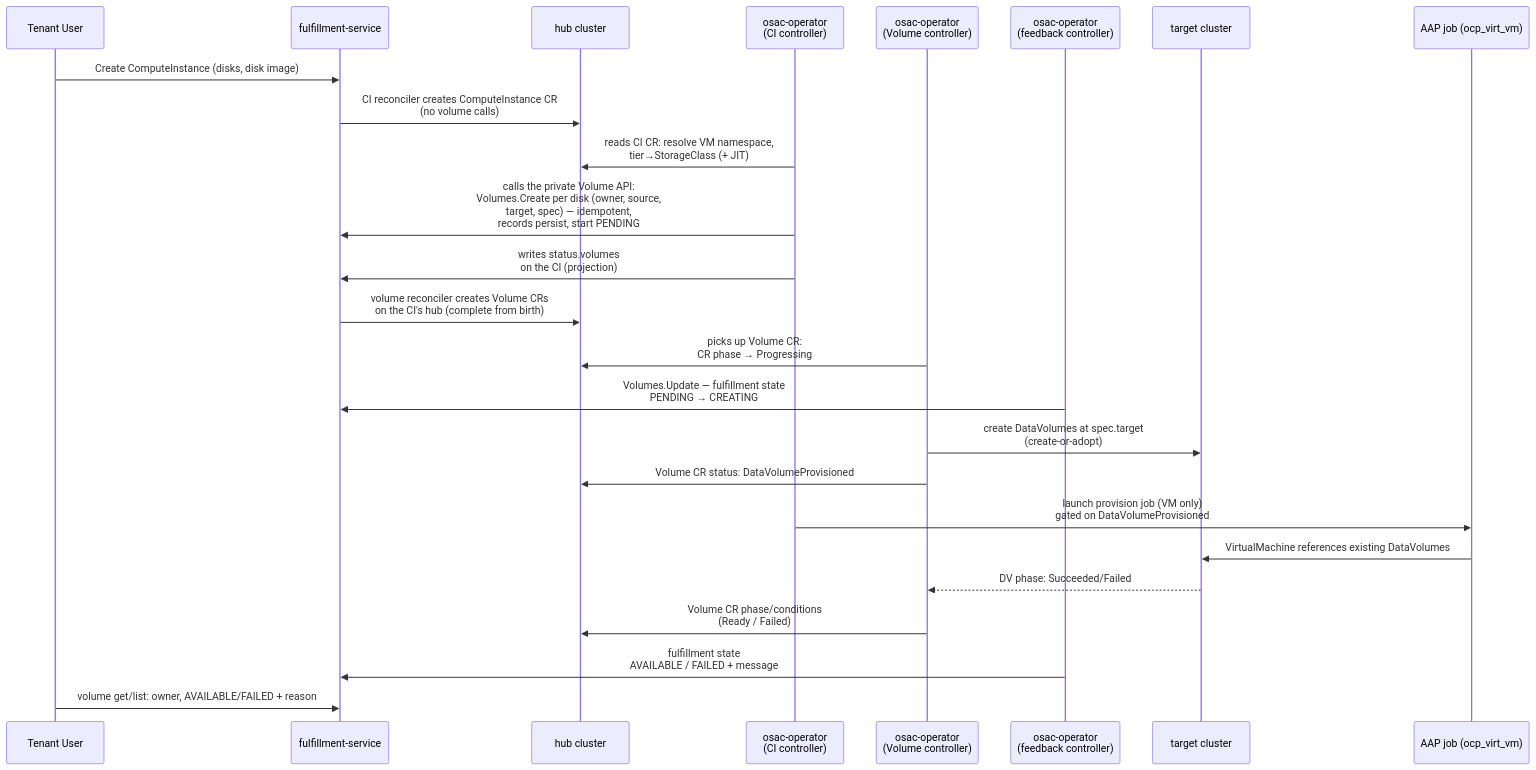
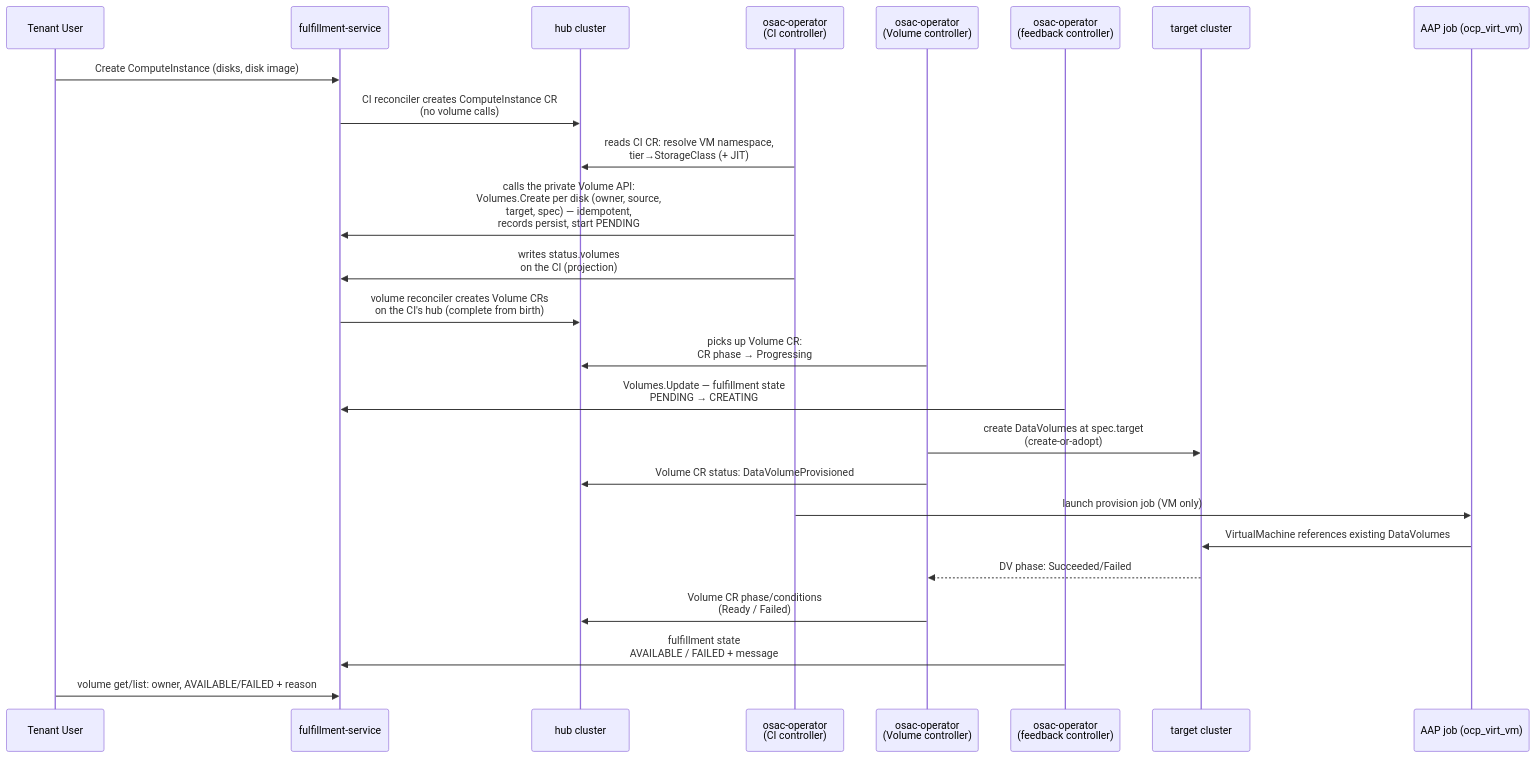
One commit to osac-project/enhancement-proposals changed the first of 2 diagrams in enhancements/OSAC-7749-volume-api-vmass-provisioning/design.md. Above: the diagram before and after it, drawn with Mermaid. The commit also changed other lines of this file, not shown here.

First line of the commit message:
OSAC-7749: remove DataVolumeProvisioned ordering gate

````diff
--- a/enhancements/OSAC-7749-volume-api-vmass-provisioning/design.md
+++ b/enhancements/OSAC-7749-volume-api-vmass-provisioning/design.md
@@ -129,28 +129,28 @@
 ```mermaid
 sequenceDiagram
     participant TU as Tenant User
     participant F as fulfillment-service
     participant H as hub cluster
     participant CI as osac-operator<br/>(CI controller)
     participant VC as osac-operator<br/>(Volume controller)
     participant FB as osac-operator<br/>(feedback controller)
     participant T as target cluster
     participant AAP as AAP job (ocp_virt_vm)
 
     TU->>F: Create ComputeInstance (disks, disk image)
     F->>H: CI reconciler creates ComputeInstance CR<br/>(no volume calls)
     CI->>H: reads CI CR: resolve VM namespace,<br/>tier→StorageClass (+ JIT)
     CI->>F: calls the private Volume API:<br/>Volumes.Create per disk (owner, source,<br/>target, spec) — idempotent,<br/>records persist, start PENDING
     CI->>F: writes status.volumes<br/>on the CI (projection)
     F->>H: volume reconciler creates Volume CRs<br/>on the CI's hub (complete from birth)
     VC->>H: picks up Volume CR:<br/>CR phase → Progressing
     FB->>F: Volumes.Update — fulfillment state<br/>PENDING → CREATING
     VC->>T: create DataVolumes at spec.target<br/>(create-or-adopt)
     VC->>H: Volume CR status: DataVolumeProvisioned
-    CI->>AAP: launch provision job (VM only)<br/>gated on DataVolumeProvisioned
+    CI->>AAP: launch provision job (VM only)
     AAP->>T: VirtualMachine references existing DataVolumes
     T-->>VC: DV phase: Succeeded/Failed
     VC->>H: Volume CR phase/conditions<br/>(Ready / Failed)
     FB->>F: fulfillment state<br/>AVAILABLE / FAILED + message
     TU->>F: volume get/list: owner, AVAILABLE/FAILED + reason
 ```
````
